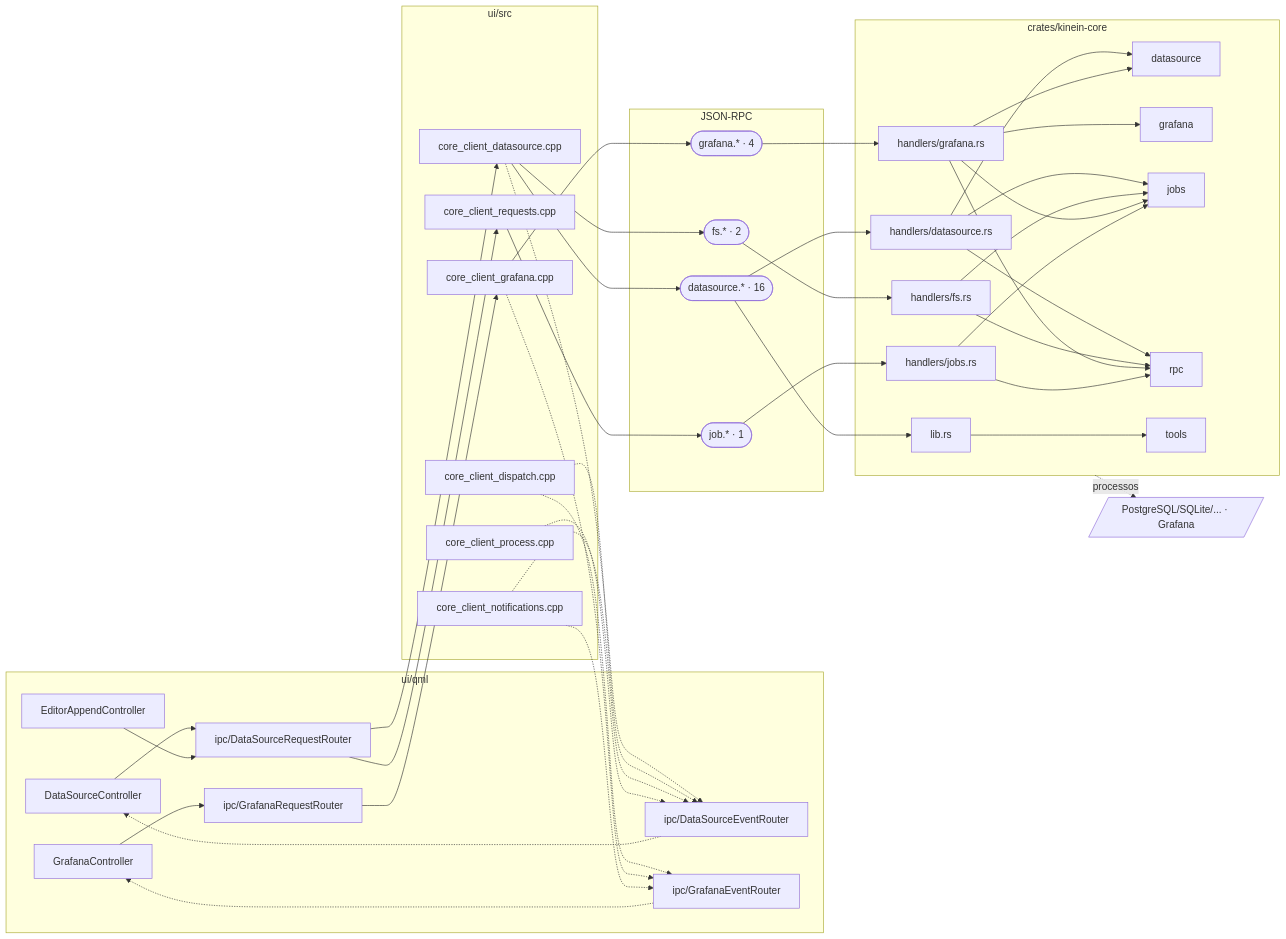
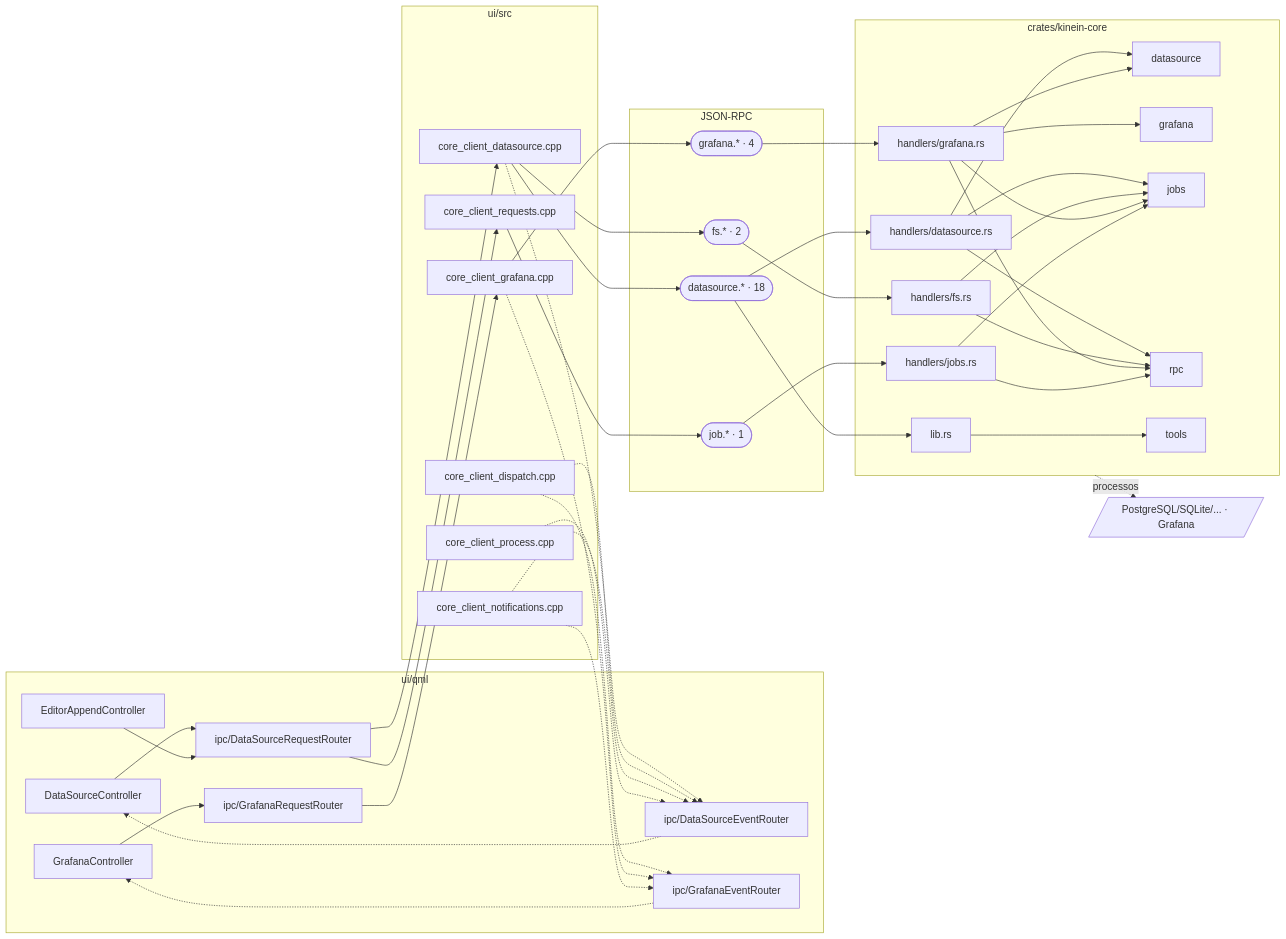
Diagram 13 of 16 in DocsPublic/arquitetura/01-mapa-de-modulos.md (ViktorWalde/KineinVectis), drawn with Mermaid before and after one commit. The commit also changed other lines of this file and 33 other files, not shown here.

````diff
--- a/DocsPublic/arquitetura/01-mapa-de-modulos.md
+++ b/DocsPublic/arquitetura/01-mapa-de-modulos.md
@@ -1120,76 +1122,76 @@
 ```mermaid
 flowchart LR
   subgraph QML["ui/qml"]
     n_ui_qml_datasource_DataSourceController_qml["DataSourceController"]
     n_ui_qml_editor_EditorAppendController_qml["EditorAppendController"]
     n_ui_qml_grafana_GrafanaController_qml["GrafanaController"]
     n_ui_qml_ipc_DataSourceRequestRouter_qml["ipc/DataSourceRequestRouter"]
     n_ui_qml_ipc_DataSourceEventRouter_qml["ipc/DataSourceEventRouter"]
     n_ui_qml_ipc_GrafanaRequestRouter_qml["ipc/GrafanaRequestRouter"]
     n_ui_qml_ipc_GrafanaEventRouter_qml["ipc/GrafanaEventRouter"]
   end
   subgraph CPP["ui/src"]
     n_ui_src_core_client_datasource_cpp["core_client_datasource.cpp"]
     n_ui_src_core_client_dispatch_cpp["core_client_dispatch.cpp"]
     n_ui_src_core_client_grafana_cpp["core_client_grafana.cpp"]
     n_ui_src_core_client_notifications_cpp["core_client_notifications.cpp"]
     n_ui_src_core_client_process_cpp["core_client_process.cpp"]
     n_ui_src_core_client_requests_cpp["core_client_requests.cpp"]
   end
   subgraph IPC["JSON-RPC"]
-    n_ipc_datasource(["datasource.* · 16"])
+    n_ipc_datasource(["datasource.* · 18"])
     n_ipc_fs(["fs.* · 2"])
     n_ipc_grafana(["grafana.* · 4"])
     n_ipc_job(["job.* · 1"])
   end
   subgraph CORE["crates/kinein-core"]
     n_crates_kinein_core_src_handlers_datasource_rs["handlers/datasource.rs"]
     n_crates_kinein_core_src_handlers_fs_rs["handlers/fs.rs"]
     n_crates_kinein_core_src_handlers_grafana_rs["handlers/grafana.rs"]
     n_crates_kinein_core_src_handlers_jobs_rs["handlers/jobs.rs"]
     n_crates_kinein_core_src_lib_rs["lib.rs"]
     n_core_datasource[datasource]
     n_core_grafana[grafana]
     n_core_jobs[jobs]
     n_core_rpc[rpc]
     n_core_tools[tools]
   end
   n_tools_data[/"PostgreSQL/SQLite/... · Grafana"/]
   n_ui_qml_datasource_DataSourceController_qml --> n_ui_qml_ipc_DataSourceRequestRouter_qml
   n_ui_qml_editor_EditorAppendController_qml --> n_ui_qml_ipc_DataSourceRequestRouter_qml
   n_ui_qml_grafana_GrafanaController_qml --> n_ui_qml_ipc_GrafanaRequestRouter_qml
   n_ui_qml_ipc_DataSourceEventRouter_qml -.-> n_ui_qml_datasource_DataSourceController_qml
   n_ui_qml_ipc_DataSourceRequestRouter_qml --> n_ui_src_core_client_datasource_cpp
   n_ui_qml_ipc_DataSourceRequestRouter_qml --> n_ui_src_core_client_requests_cpp
   n_ui_qml_ipc_GrafanaEventRouter_qml -.-> n_ui_qml_grafana_GrafanaController_qml
   n_ui_qml_ipc_GrafanaRequestRouter_qml --> n_ui_src_core_client_grafana_cpp
   n_ui_src_core_client_datasource_cpp --> n_ipc_datasource
   n_ui_src_core_client_datasource_cpp --> n_ipc_fs
   n_ui_src_core_client_datasource_cpp -.-> n_ui_qml_ipc_DataSourceEventRouter_qml
   n_ui_src_core_client_dispatch_cpp -.-> n_ui_qml_ipc_DataSourceEventRouter_qml
   n_ui_src_core_client_dispatch_cpp -.-> n_ui_qml_ipc_GrafanaEventRouter_qml
   n_ui_src_core_client_grafana_cpp --> n_ipc_grafana
   n_ui_src_core_client_grafana_cpp -.-> n_ui_qml_ipc_GrafanaEventRouter_qml
   n_ui_src_core_client_notifications_cpp -.-> n_ui_qml_ipc_DataSourceEventRouter_qml
   n_ui_src_core_client_notifications_cpp -.-> n_ui_qml_ipc_GrafanaEventRouter_qml
   n_ui_src_core_client_process_cpp -.-> n_ui_qml_ipc_DataSourceEventRouter_qml
   n_ui_src_core_client_requests_cpp --> n_ipc_job
   n_ipc_datasource --> n_crates_kinein_core_src_handlers_datasource_rs
   n_crates_kinein_core_src_handlers_datasource_rs --> n_core_datasource
   n_crates_kinein_core_src_handlers_datasource_rs --> n_core_jobs
   n_crates_kinein_core_src_handlers_datasource_rs --> n_core_rpc
   n_ipc_fs --> n_crates_kinein_core_src_handlers_fs_rs
   n_crates_kinein_core_src_handlers_fs_rs --> n_core_jobs
   n_crates_kinein_core_src_handlers_fs_rs --> n_core_rpc
   n_ipc_grafana --> n_crates_kinein_core_src_handlers_grafana_rs
   n_crates_kinein_core_src_handlers_grafana_rs --> n_core_datasource
   n_crates_kinein_core_src_handlers_grafana_rs --> n_core_grafana
   n_crates_kinein_core_src_handlers_grafana_rs --> n_core_jobs
   n_crates_kinein_core_src_handlers_grafana_rs --> n_core_rpc
   n_ipc_job --> n_crates_kinein_core_src_handlers_jobs_rs
   n_crates_kinein_core_src_handlers_jobs_rs --> n_core_jobs
   n_crates_kinein_core_src_handlers_jobs_rs --> n_core_rpc
   n_ipc_datasource --> n_crates_kinein_core_src_lib_rs
   n_crates_kinein_core_src_lib_rs --> n_core_tools
   CORE -.->|processos| n_tools_data
 ```
````
